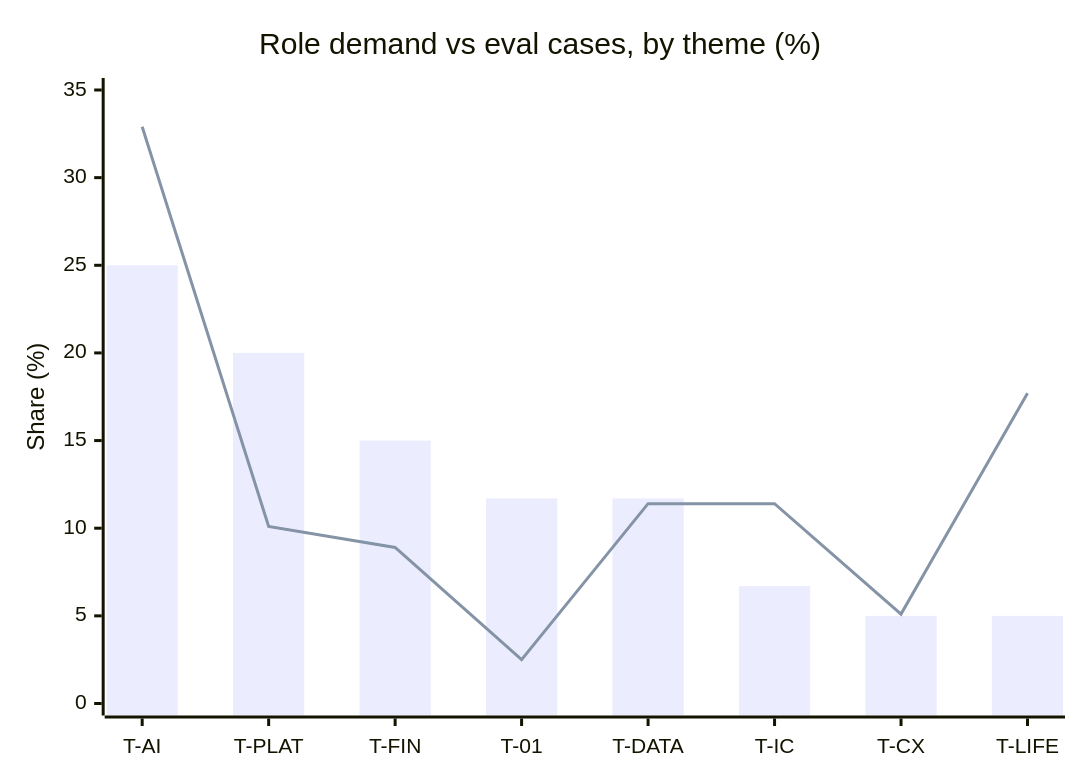
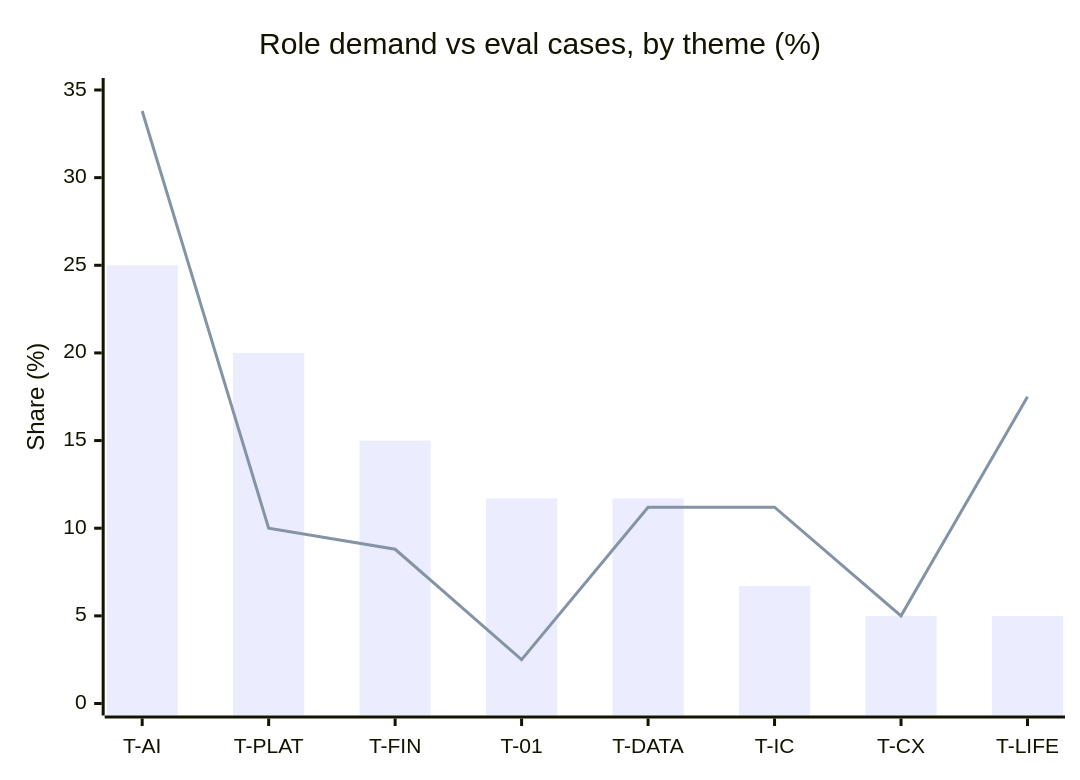
Before and after one commit to jordanne-dyck/jordannedyck-ai: the first of 2 diagrams in COVERAGE.md, drawn with Mermaid. The commit also changed other lines of this file and 7 other files, not shown here.

````diff
--- a/COVERAGE.md
+++ b/COVERAGE.md
@@ -24,8 +24,8 @@
 ```mermaid
 xychart-beta
     title "Role demand vs eval cases, by theme (%)"
     x-axis ["T-AI", "T-PLAT", "T-FIN", "T-01", "T-DATA", "T-IC", "T-CX", "T-LIFE"]
     y-axis "Share (%)" 0 --> 35
     bar [25.0, 20.0, 15.0, 11.7, 11.7, 6.7, 5.0, 5.0]
-    line [32.9, 10.1, 8.9, 2.5, 11.4, 11.4, 5.1, 17.7]
+    line [33.8, 10.0, 8.8, 2.5, 11.2, 11.2, 5.0, 17.5]
 ```
````
